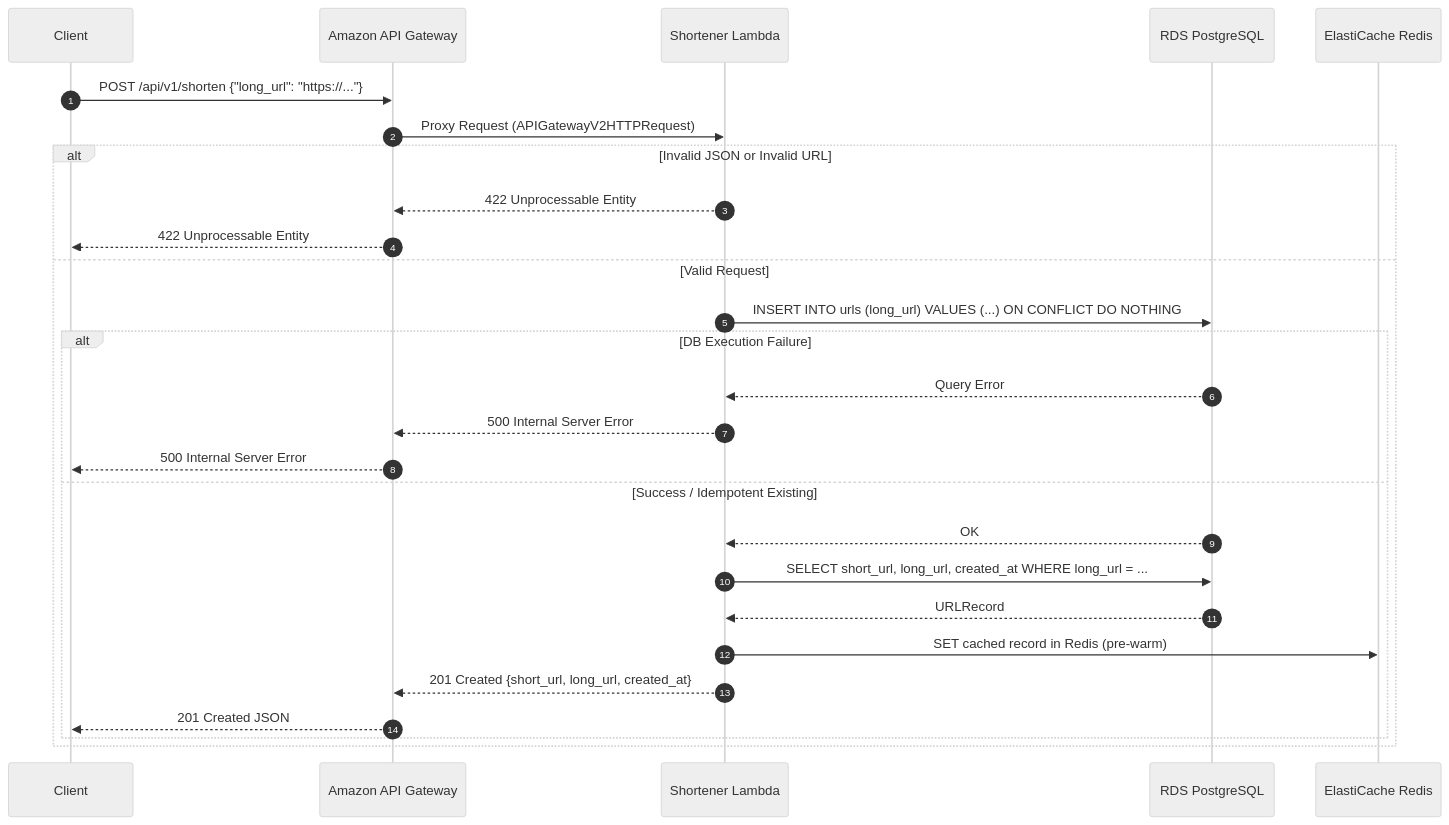
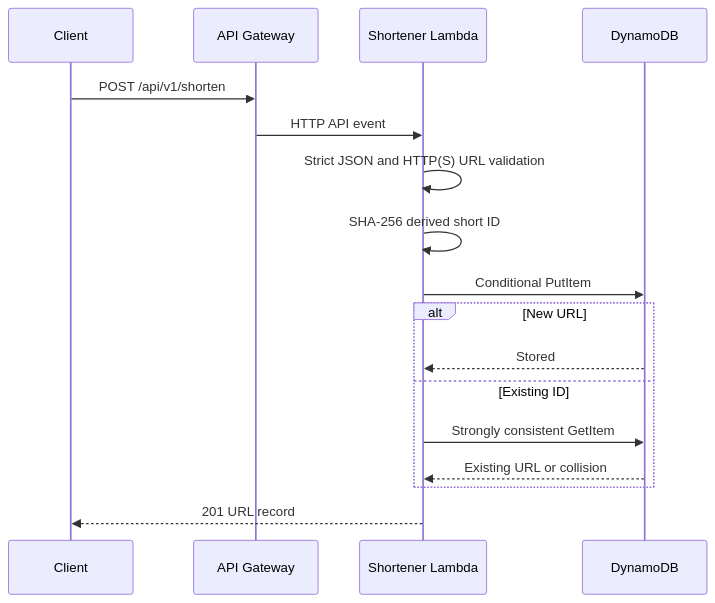
Before and after one commit to boycececil666gmailcom/Microservice-Auth-Platform: the diagram in design/shortener/02-write-path-api.md, drawn with Mermaid. The commit also changed other lines of this file and 47 other files, not shown here.

````diff
--- a/design/shortener/02-write-path-api.md
+++ b/design/shortener/02-write-path-api.md
@@ -7,34 +3,19 @@
 ```mermaid
----
-config:
-  theme: neutral
----
 sequenceDiagram
-    autonumber
     participant C as Client
-    participant G as Amazon API Gateway
+    participant G as API Gateway
     participant S as Shortener Lambda
-    participant DB as RDS PostgreSQL
-    participant R as ElastiCache Redis
-
-    C->>G: POST /api/v1/shorten {"long_url": "https://..."}
-    G->>S: Proxy Request (APIGatewayV2HTTPRequest)
-    alt Invalid JSON or Invalid URL
-        S-->>G: 422 Unprocessable Entity
-        G-->>C: 422 Unprocessable Entity
-    else Valid Request
-        S->>DB: INSERT INTO urls (long_url) VALUES (...) ON CONFLICT DO NOTHING
-        alt DB Execution Failure
-            DB-->>S: Query Error
-            S-->>G: 500 Internal Server Error
-            G-->>C: 500 Internal Server Error
-        else Success / Idempotent Existing
-            DB-->>S: OK
-            S->>DB: SELECT short_url, long_url, created_at WHERE long_url = ...
-            DB-->>S: URLRecord
-            S->>R: SET cached record in Redis (pre-warm)
-            S-->>G: 201 Created {short_url, long_url, created_at}
-            G-->>C: 201 Created JSON
-        end
+    participant D as DynamoDB
+    C->>G: POST /api/v1/shorten
+    G->>S: HTTP API event
+    S->>S: Strict JSON and HTTP(S) URL validation
+    S->>S: SHA-256 derived short ID
+    S->>D: Conditional PutItem
+    alt New URL
+        D-->>S: Stored
+    else Existing ID
+        S->>D: Strongly consistent GetItem
+        D-->>S: Existing URL or collision
     end
+    S-->>C: 201 URL record
 ```
````
